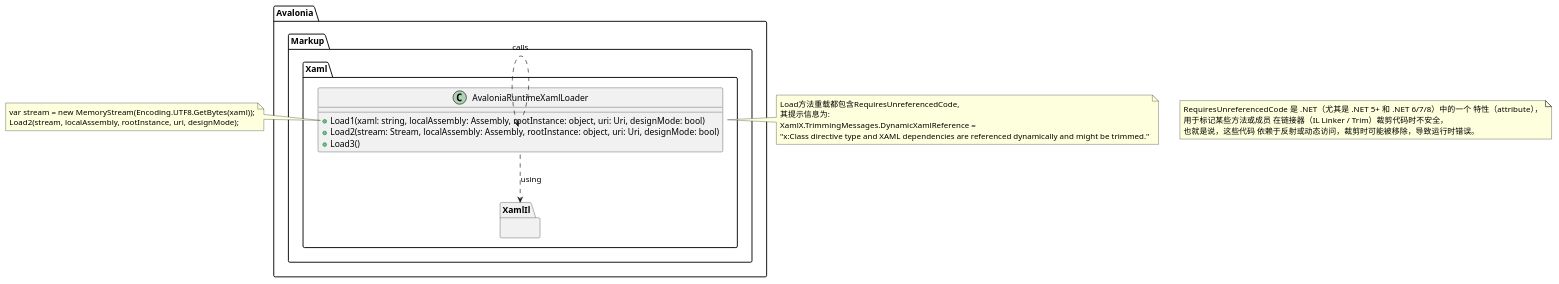
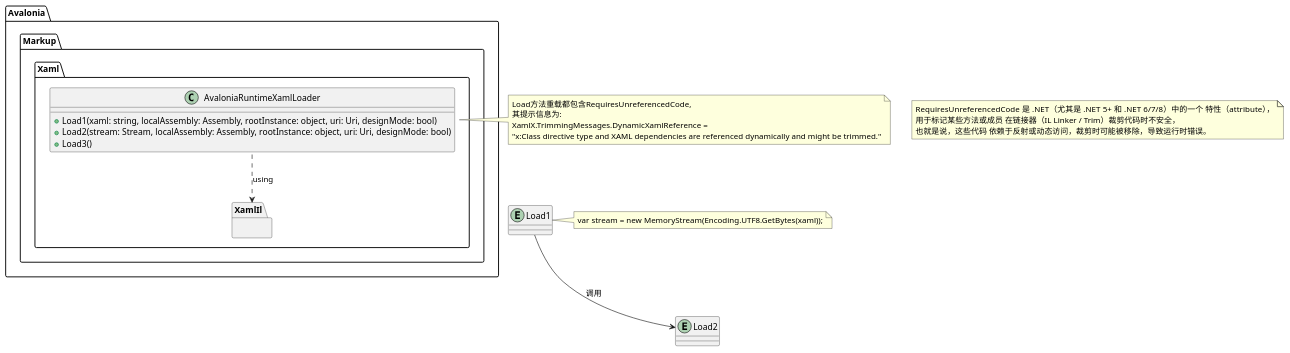
Before and after one commit to Bli-AIk/Notes: the diagram in Avalonia/AI_Generated_UML/markup.puml, drawn with PlantUML.

Commit message:
更新 markup.puml 文件

```diff
--- a/Avalonia/AI_Generated_UML/markup.puml
+++ b/Avalonia/AI_Generated_UML/markup.puml
@@ -1,33 +1,42 @@
 @startuml
 namespace Avalonia.Markup.Xaml {
     class AvaloniaRuntimeXamlLoader {
         + Load1(xaml: string, localAssembly: Assembly, rootInstance: object, uri: Uri, designMode: bool)
         + Load2(stream: Stream, localAssembly: Assembly, rootInstance: object, uri: Uri, designMode: bool)
         + Load3()
     }
 }
 
-note left of AvaloniaRuntimeXamlLoader::Load1
+' 建立伪节点代表方法
+entity Load1
+entity Load2
+
+' 隐藏连线，把伪节点放到类方法对应的位置
+Avalonia.Markup.Xaml.AvaloniaRuntimeXamlLoader::Load1 -[hidden]- Load1
+Avalonia.Markup.Xaml.AvaloniaRuntimeXamlLoader::Load2 -[hidden]- Load2
+
+' 实际箭头
+Load1 --> Load2 : 调用
+
+note right of Load1
   var stream = new MemoryStream(Encoding.UTF8.GetBytes(xaml));
-  Load2(stream, localAssembly, rootInstance, uri, designMode);
 end note
 
 note right of AvaloniaRuntimeXamlLoader
   Load方法重载都包含RequiresUnreferencedCode,
   其提示信息为:
   XamlX.TrimmingMessages.DynamicXamlReference =
   "x:Class directive type and XAML dependencies are referenced dynamically and might be trimmed."
 end note
 
 note as N1
   RequiresUnreferencedCode 是 .NET（尤其是 .NET 5+ 和 .NET 6/7/8）中的一个 特性（attribute），
   用于标记某些方法或成员 在链接器（IL Linker / Trim）裁剪代码时不安全，
   也就是说，这些代码 依赖于反射或动态访问，裁剪时可能被移除，导致运行时错误。
 end note
 
 package Avalonia.Markup.Xaml.XamlIl {
 }
 
 Avalonia.Markup.Xaml.AvaloniaRuntimeXamlLoader ..> Avalonia.Markup.Xaml.XamlIl : using
-AvaloniaRuntimeXamlLoader::Load1 ..> AvaloniaRuntimeXamlLoader::Load2 : calls
 @enduml
```
